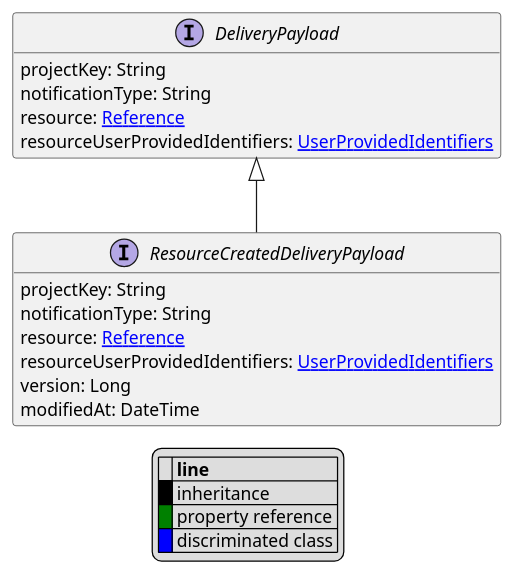
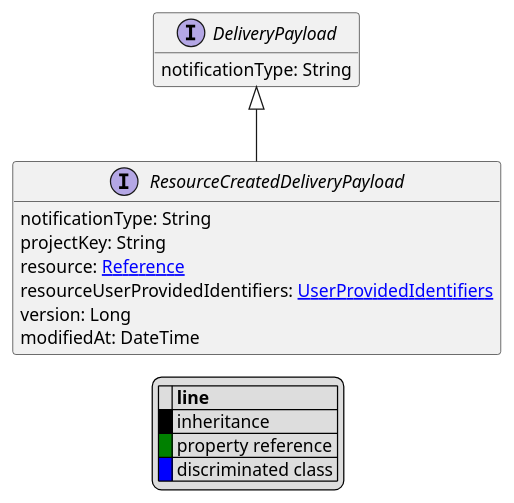
The diagram in uml/api/ResourceCreatedDeliveryPayload.puml (commercetools/commercetools-api-reference), drawn with PlantUML before and after one commit. The commit also changed 74 other files, not shown here.

```diff
--- a/uml/api/ResourceCreatedDeliveryPayload.puml
+++ b/uml/api/ResourceCreatedDeliveryPayload.puml
@@ -1,30 +1,27 @@
 @startuml
 
 hide empty fields
 hide empty methods
 legend
 |= |= line |
 |<back:black>   </back>| inheritance |
 |<back:green>   </back>| property reference |
 |<back:blue>   </back>| discriminated class |
 endlegend
 interface ResourceCreatedDeliveryPayload [[ResourceCreatedDeliveryPayload.svg]] extends DeliveryPayload {
+    notificationType: String
     projectKey: String
-    notificationType: String
     resource: [[Reference.svg Reference]]
     resourceUserProvidedIdentifiers: [[UserProvidedIdentifiers.svg UserProvidedIdentifiers]]
     version: Long
     modifiedAt: DateTime
 }
 interface DeliveryPayload [[DeliveryPayload.svg]]  {
-    projectKey: String
     notificationType: String
-    resource: [[Reference.svg Reference]]
-    resourceUserProvidedIdentifiers: [[UserProvidedIdentifiers.svg UserProvidedIdentifiers]]
 }
 
 
 
 
 
 @enduml
```
